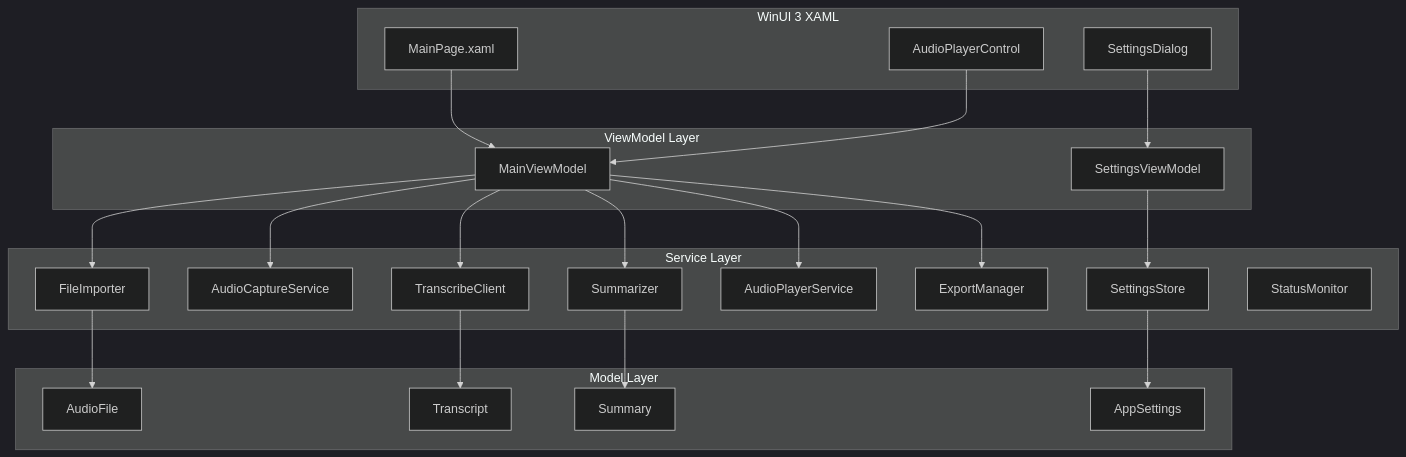
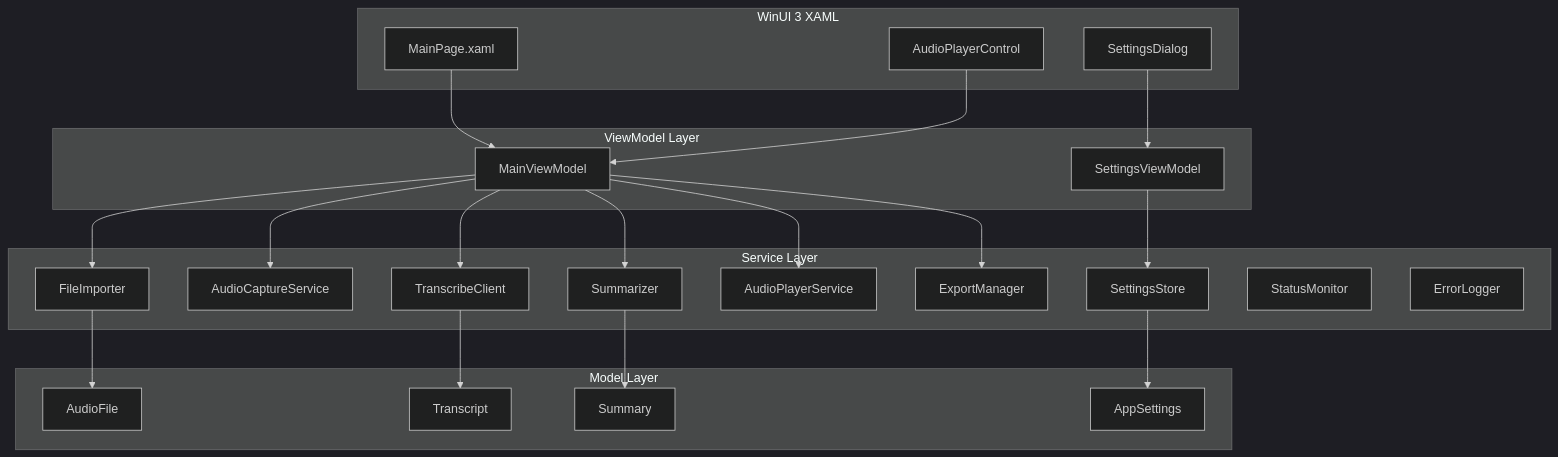
The first of 2 diagrams in specs/windows/audio-transcription-summary/design.md (CQYaDoKaRi/aws.transum), drawn with Mermaid (dark theme) before and after one commit. The commit also changed other lines of this file and 52 other files, not shown here.

````diff
--- a/specs/windows/audio-transcription-summary/design.md
+++ b/specs/windows/audio-transcription-summary/design.md
@@ -22,48 +22,49 @@
 ```mermaid
 graph TB
     subgraph View Layer [WinUI 3 XAML]
         MainPage[MainPage.xaml]
         SettingsDialog[SettingsDialog]
         AudioPlayerControl[AudioPlayerControl]
     end
 
     subgraph ViewModel Layer
         MainViewModel[MainViewModel]
         SettingsViewModel[SettingsViewModel]
     end
 
     subgraph Service Layer
         FileImporter[FileImporter]
         AudioCaptureService[AudioCaptureService]
         TranscribeClient[TranscribeClient]
         Summarizer[Summarizer]
         AudioPlayerService[AudioPlayerService]
         ExportManager[ExportManager]
         SettingsStore[SettingsStore]
         StatusMonitor[StatusMonitor]
+        ErrorLogger[ErrorLogger]
     end
 
     subgraph Model Layer
         AudioFile[AudioFile]
         Transcript[Transcript]
         Summary[Summary]
         AppSettings[AppSettings]
     end
 
     MainPage --> MainViewModel
     SettingsDialog --> SettingsViewModel
     AudioPlayerControl --> MainViewModel
 
     MainViewModel --> FileImporter
     MainViewModel --> AudioCaptureService
     MainViewModel --> TranscribeClient
     MainViewModel --> Summarizer
     MainViewModel --> AudioPlayerService
     MainViewModel --> ExportManager
 
     SettingsViewModel --> SettingsStore
     SettingsStore --> AppSettings
     FileImporter --> AudioFile
     TranscribeClient --> Transcript
     Summarizer --> Summary
 ```
````
